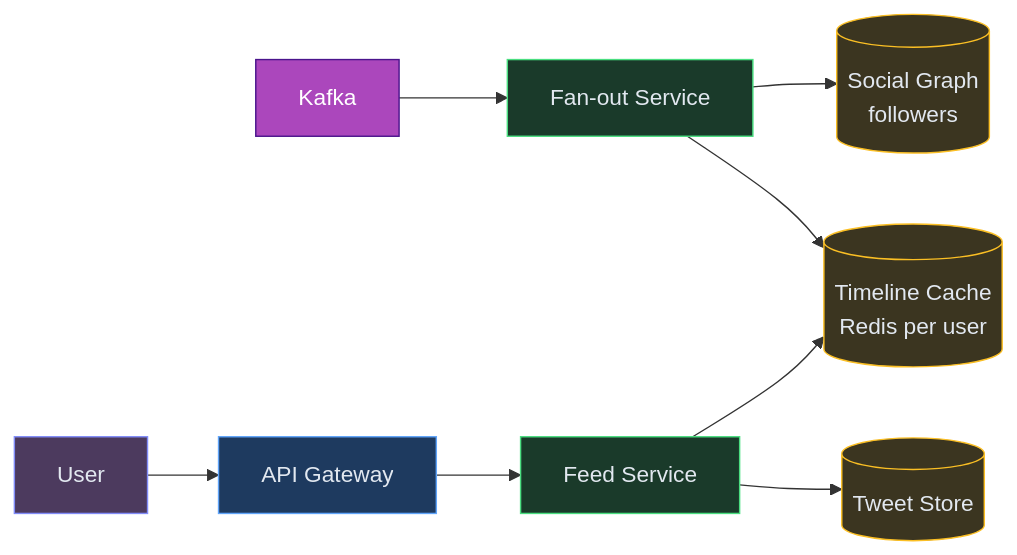
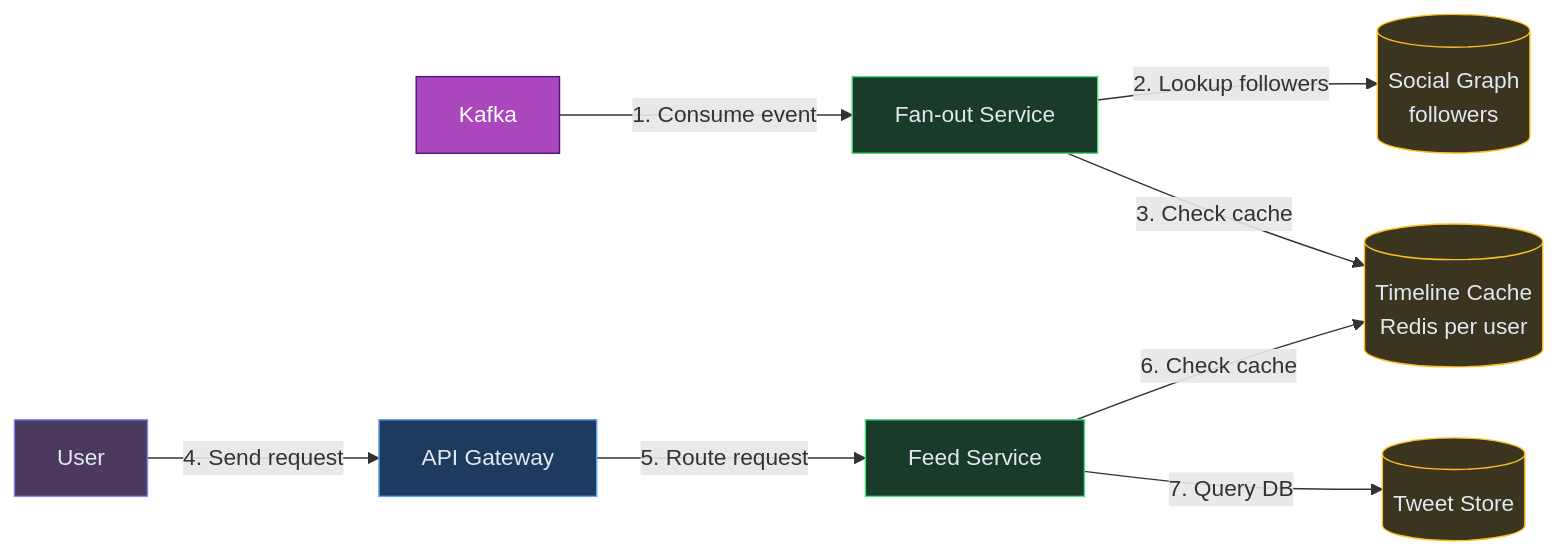
Before and after one commit to iluzn/HLD-Designs: the seventh of 12 diagrams in content/hld/TwitterFeed.md, drawn with Mermaid. The commit also changed other lines of this file and 27 other files, not shown here.

````diff
--- a/content/hld/TwitterFeed.md
+++ b/content/hld/TwitterFeed.md
@@ -259,25 +259,25 @@
 ```mermaid
 flowchart LR
     K["Kafka"]:::async
     FANOUT["Fan-out Service"]:::service
     GRAPH[("Social Graph<br/>followers")]:::data
     CACHE[("Timeline Cache<br/>Redis per user")]:::data
     READER["User"]:::client
     GW["API Gateway"]:::edge
     FEED["Feed Service"]:::service
     TDB[("Tweet Store")]:::data
 
-    K --> FANOUT
-    FANOUT --> GRAPH
-    FANOUT --> CACHE
-    READER --> GW
-    GW --> FEED
-    FEED --> CACHE
-    FEED --> TDB
+    K -->|"1. Consume event"| FANOUT
+    FANOUT -->|"2. Lookup followers"| GRAPH
+    FANOUT -->|"3. Check cache"| CACHE
+    READER -->|"4. Send request"| GW
+    GW -->|"5. Route request"| FEED
+    FEED -->|"6. Check cache"| CACHE
+    FEED -->|"7. Query DB"| TDB
 
     classDef client fill:#4c3a5e,stroke:#818cf8,color:#e2e8f0
     classDef edge fill:#1e3a5f,stroke:#60a5fa,color:#e2e8f0
     classDef service fill:#1a3a2a,stroke:#4ade80,color:#e2e8f0
     classDef data fill:#3b3520,stroke:#fbbf24,color:#e2e8f0
     classDef async fill:#AB47BC,stroke:#4A148C,color:#fff
 ```
````
